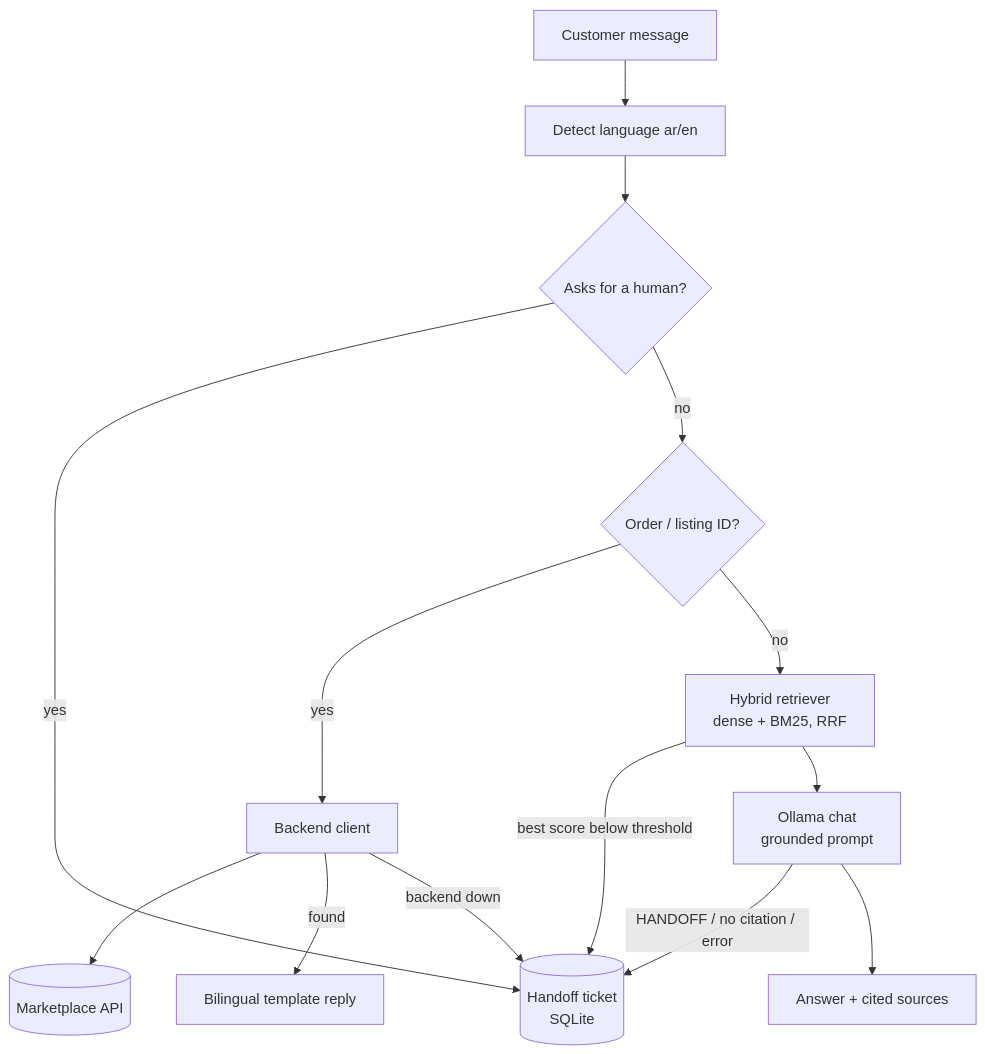
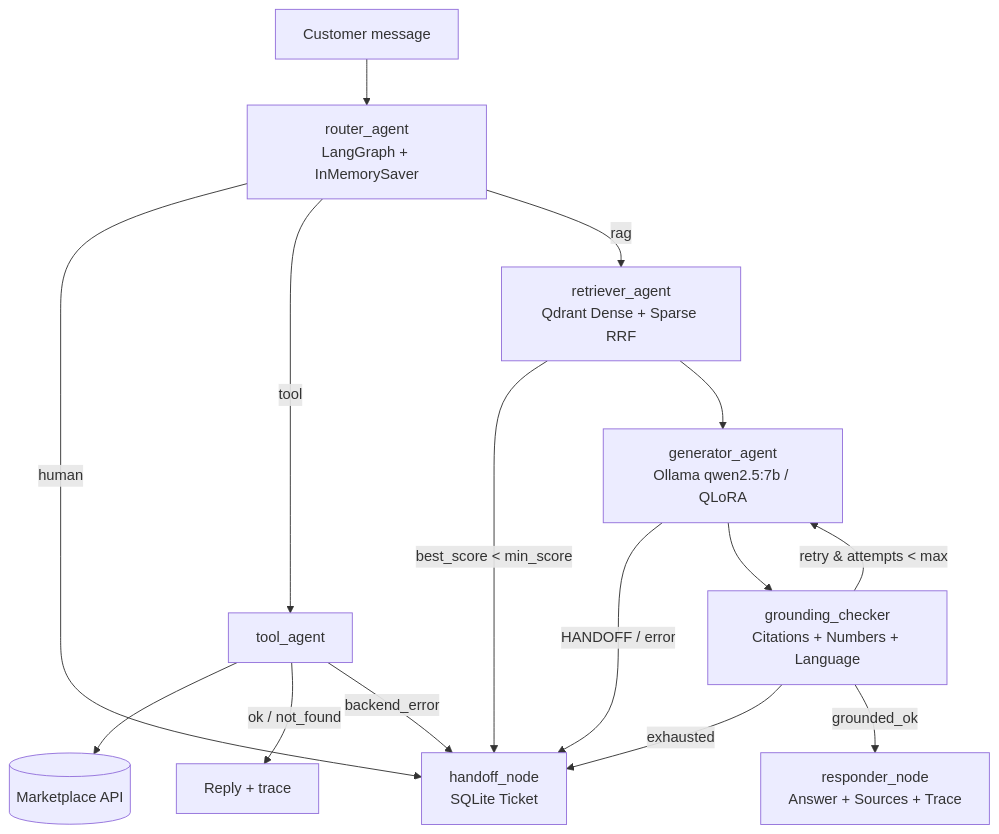
The diagram in README.md (3isa2002/sanad-support-rag), drawn with Mermaid before and after one commit. The commit also changed other lines of this file and 21 other files, not shown here.

Commit message:
feat(v2): upgrade Sanad to LangGraph multi-agent, Qdrant hybrid DB, and RAGAS eval

````diff
--- a/README.md
+++ b/README.md
@@ -34,15 +24,16 @@
 ```mermaid
 flowchart TD
-    U[Customer message] --> L[Detect language ar/en]
-    L --> H{Asks for a human?}
-    H -- yes --> T[(Handoff ticket<br/>SQLite)]
-    H -- no --> R{Order / listing ID?}
-    R -- yes --> B[Backend client] --> API[(Marketplace API)]
-    B -- found --> TPL[Bilingual template reply]
-    B -- backend down --> T
-    R -- no --> S[Hybrid retriever<br/>dense + BM25, RRF]
-    S -- best score below threshold --> T
-    S --> G[Ollama chat<br/>grounded prompt]
-    G -- "HANDOFF / no citation / error" --> T
-    G --> A[Answer + cited sources]
+    U[Customer message] --> R[router_agent<br/>LangGraph + InMemorySaver]
+    R -->|human| H[handoff_node<br/>SQLite Ticket]
+    R -->|tool| T[tool_agent] --> API[(Marketplace API)]
+    T -->|ok / not_found| END1[Reply + trace]
+    T -->|backend_error| H
+    R -->|rag| RET[retriever_agent<br/>Qdrant Dense + Sparse RRF]
+    RET -->|best_score < min_score| H
+    RET --> GEN[generator_agent<br/>Ollama qwen2.5:7b / QLoRA]
+    GEN -->|HANDOFF / error| H
+    GEN --> CHK[grounding_checker<br/>Citations + Numbers + Language]
+    CHK -->|retry & attempts < max| GEN
+    CHK -->|exhausted| H
+    CHK -->|grounded_ok| RES[responder_node<br/>Answer + Sources + Trace]
 ```
````
